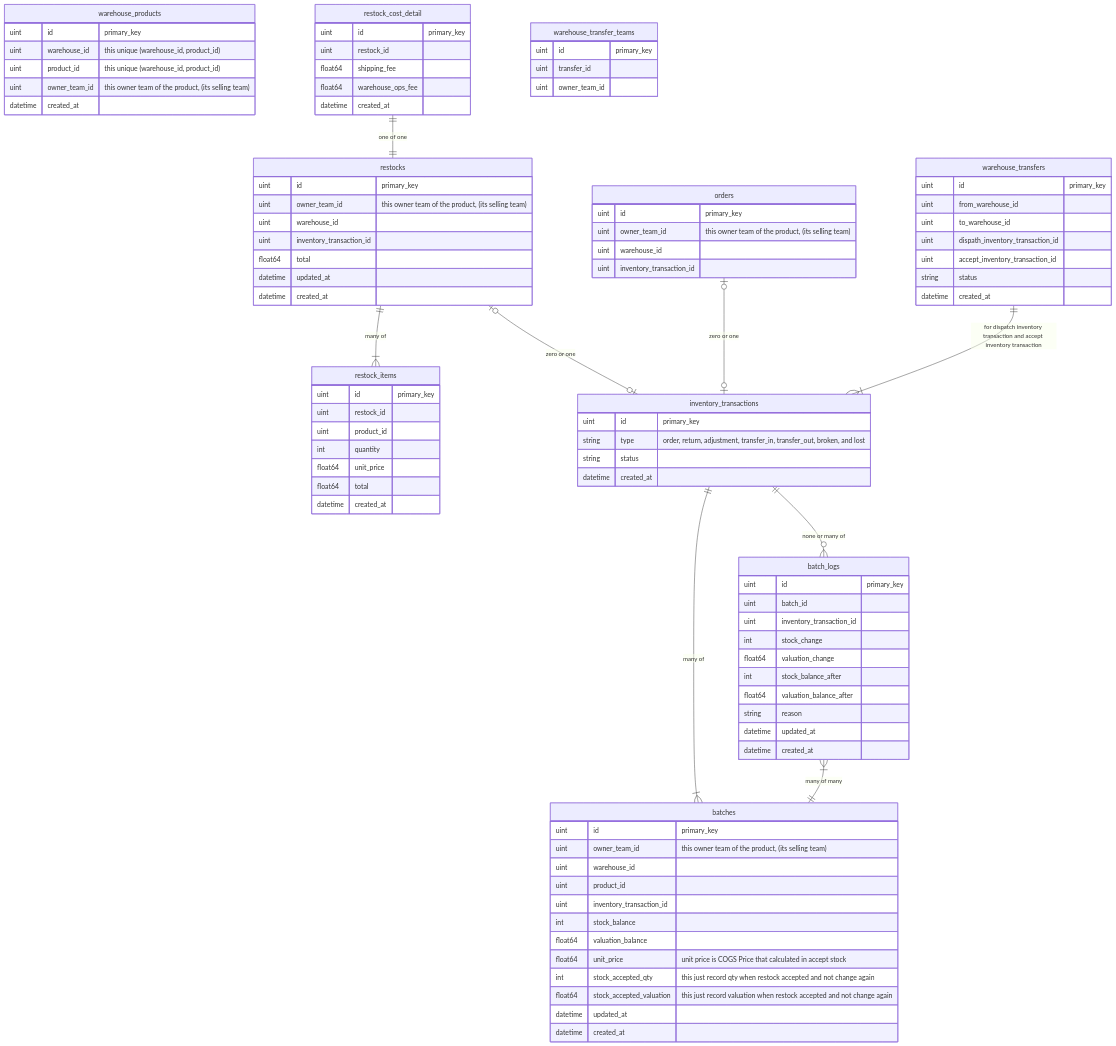
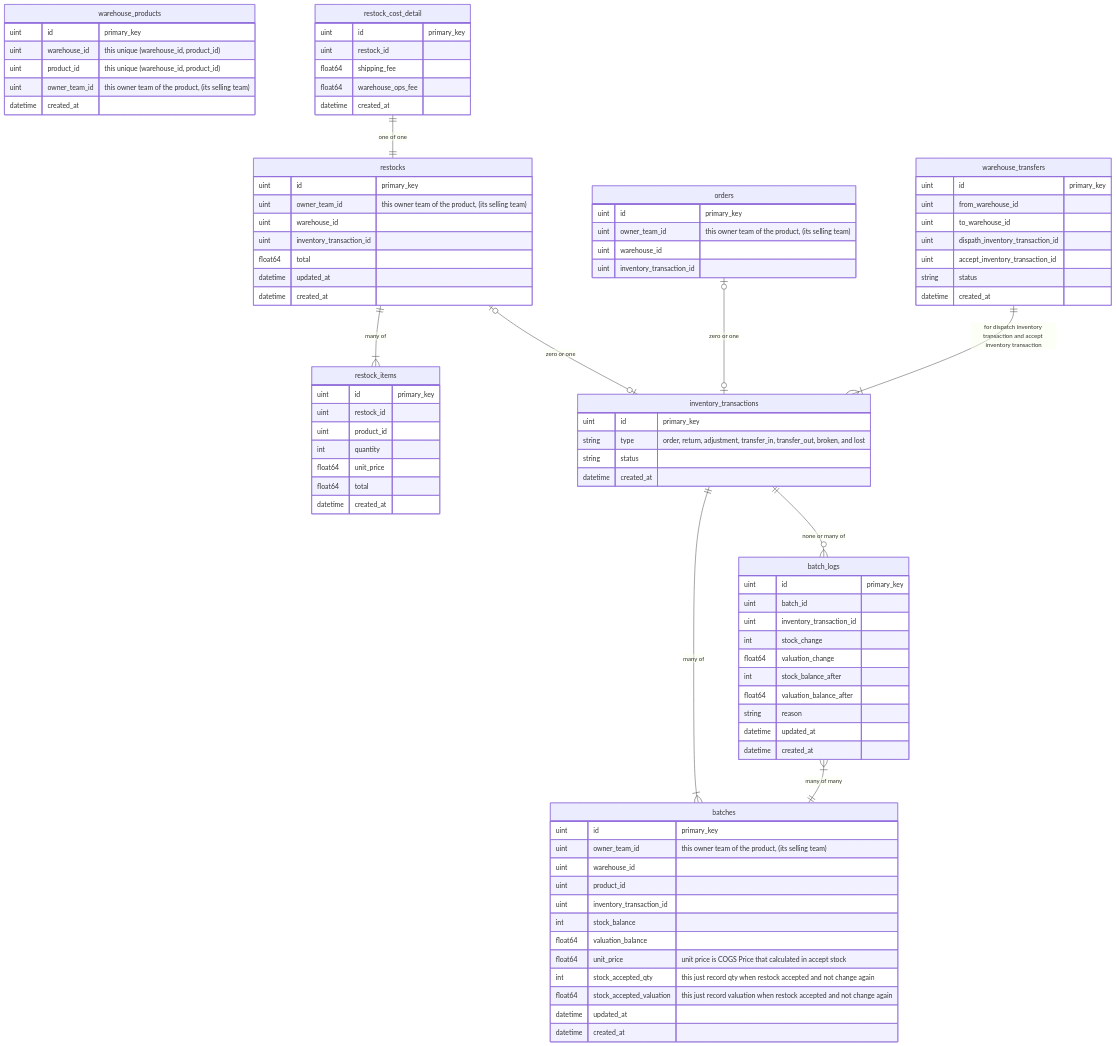
One commit to pdcgo/warehouse_revamp changed the third of 6 diagrams in docs/technical/stock/design.md. Above: the diagram before and after it, drawn with Mermaid. The commit also changed other lines of this file and 11 other files, not shown here.

First line of the commit message:
docs(inventory): warehouse transfer fully decided, placement Q6 answered

```diff
--- a/docs/technical/stock/design.md
+++ b/docs/technical/stock/design.md
@@ -224,12 +223,6 @@
     datetime created_at
 }
 
-tft[warehouse_transfer_teams]{
-    uint id "primary_key"
-    uint transfer_id
-    uint owner_team_id
-}
-
 re|o--o|tx : "zero or one"
 ord|o--o|tx : "zero or one"
 re||--|{reitem : "many of"
```
